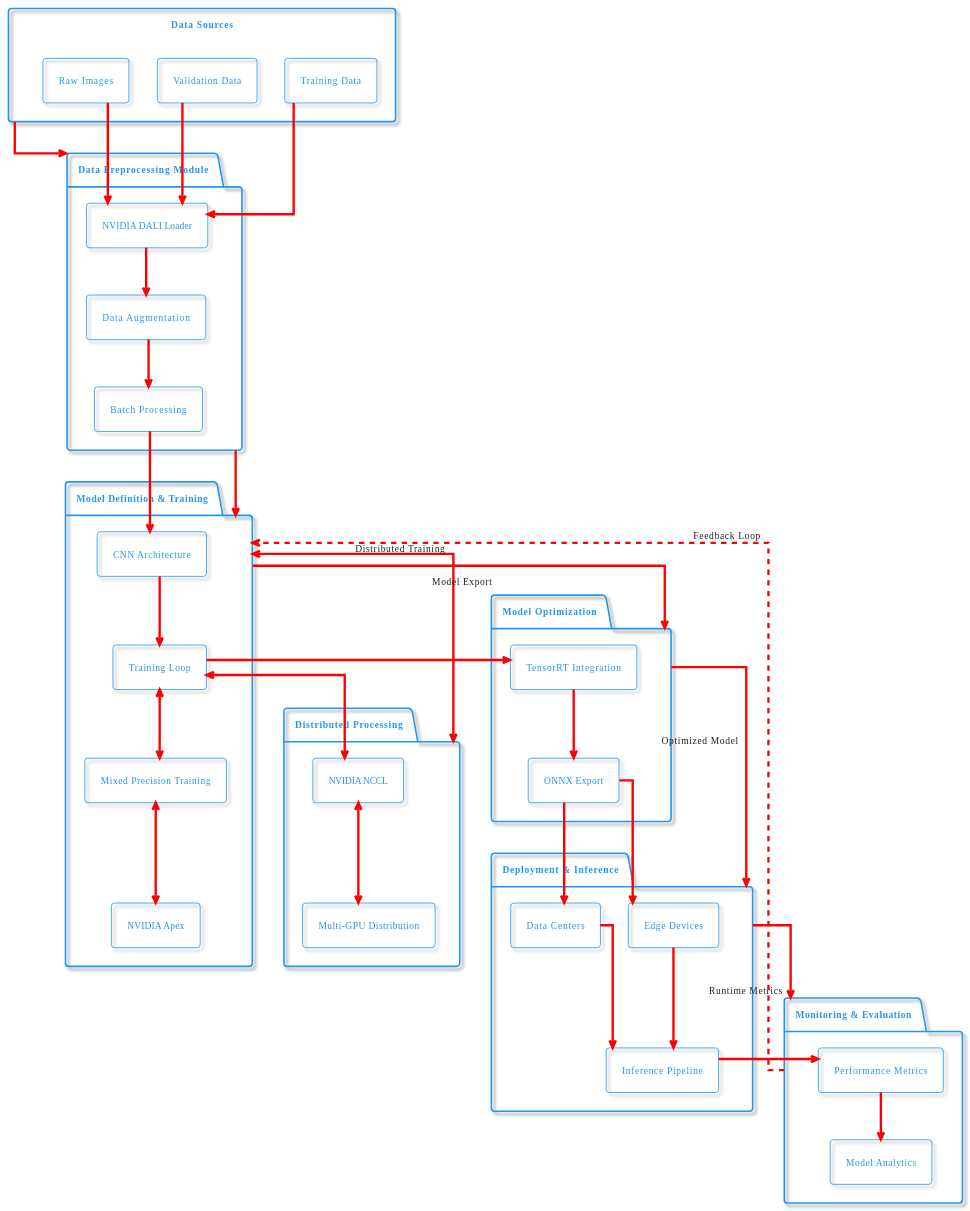
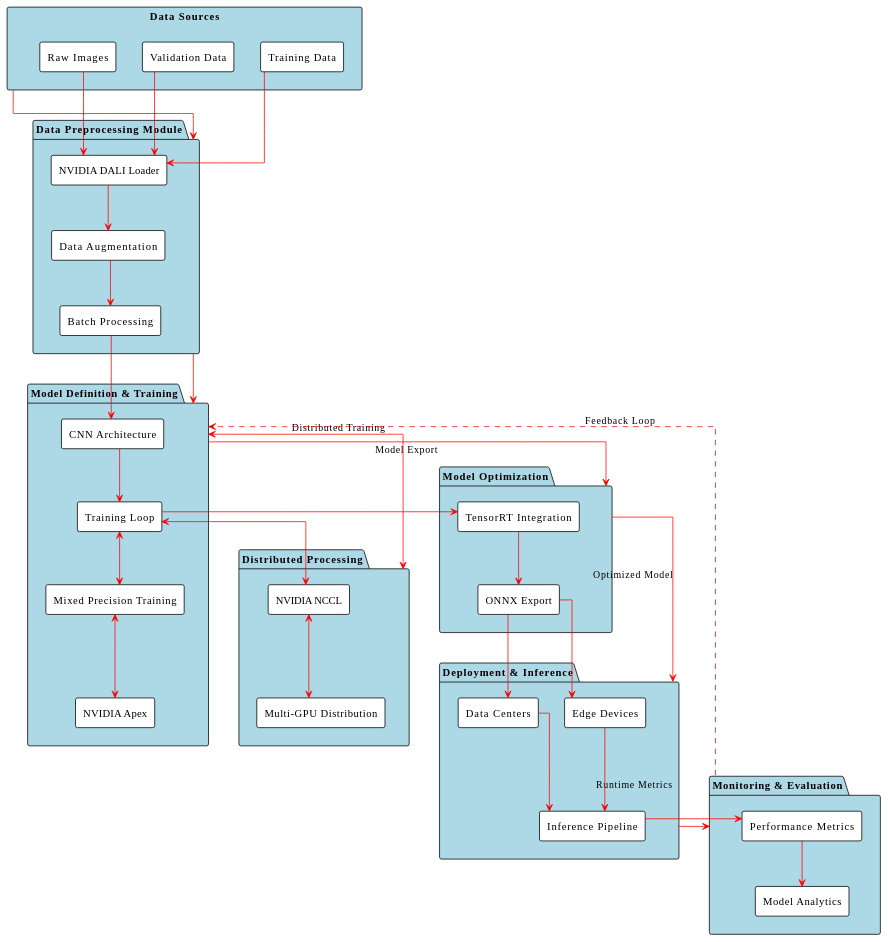
The second of 2 diagrams in docs/bim-ai-architecture.md (pressla/architecture), drawn with PlantUML before and after one commit. The commit also changed 5 other files, not shown here.

````diff
--- a/docs/bim-ai-architecture.md
+++ b/docs/bim-ai-architecture.md
@@ -139,10 +139,15 @@
 ```plantuml
 @startuml NVIDIA NIM Processing Pipeline
-!theme materia-outline
+!theme plain
 skinparam backgroundColor transparent
 skinparam componentStyle rectangle
 skinparam linetype ortho
 skinparam ArrowColor red
+
+skinparam package {
+    BackgroundColor lightblue
+    BorderColor black
+}
 
 top to bottom direction
 
````
